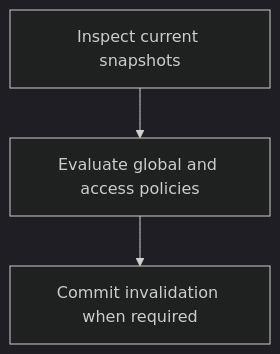
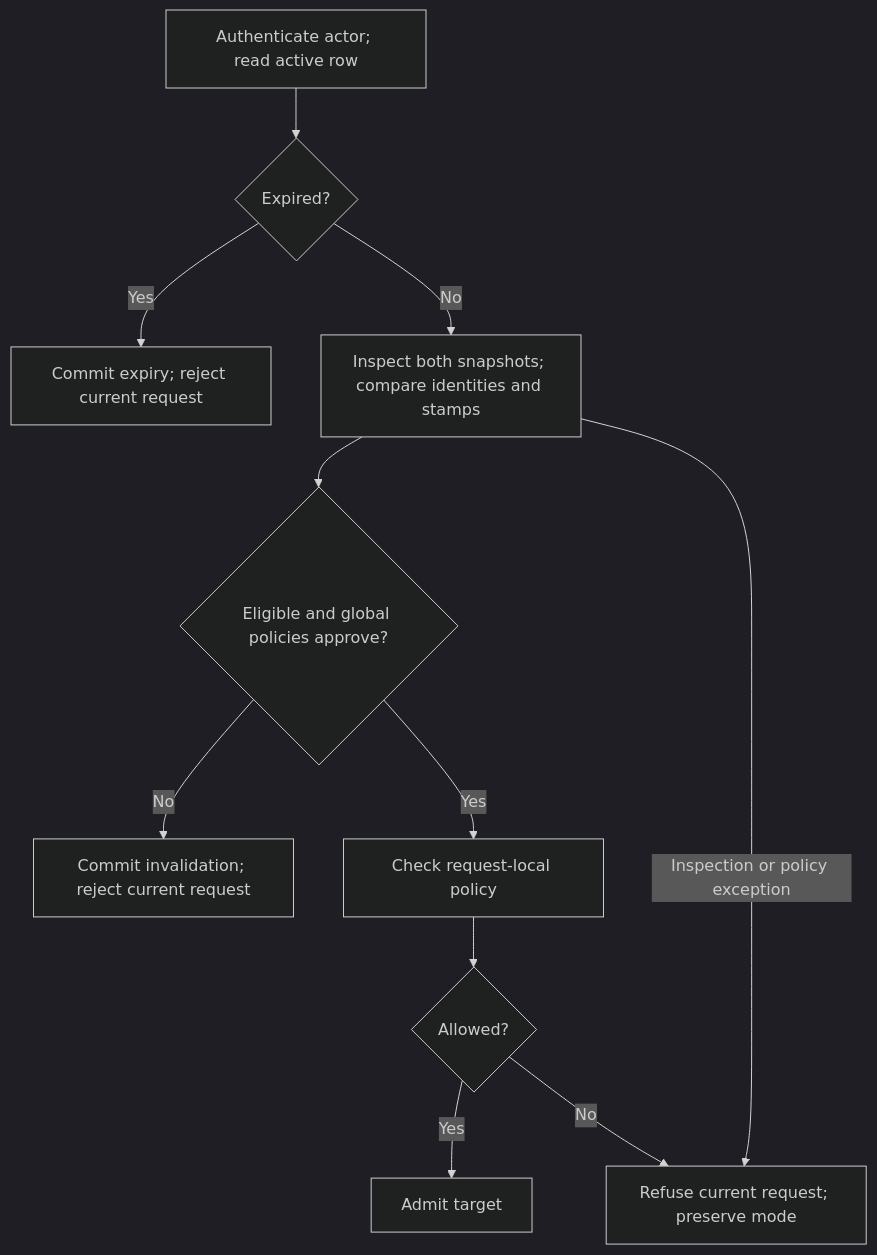
One commit to Kevinjohn/oss-adonisjs-masquerade changed the second of 2 diagrams in user-stories/protect-native-account/us-account-03-invalidate-account-snapshot.md. Above: the diagram before and after it, drawn with Mermaid (dark theme). The commit also changed other lines of this file and 22 other files, not shown here.

Commit message:
docs: verify user story paths and Mermaid flows against implementation

````diff
--- a/user-stories/protect-native-account/us-account-03-invalidate-account-snapshot.md
+++ b/user-stories/protect-native-account/us-account-03-invalidate-account-snapshot.md
@@ -28,5 +30,13 @@
 ```mermaid
 flowchart TD
-    A["Inspect current snapshots"] --> B["Evaluate global and access policies"]
-    B["Evaluate global and access policies"] --> C["Commit invalidation when required"]
+    A["Authenticate actor; read active row"] --> P{"Expired?"}
+    P -->|Yes| X["Commit expiry; reject current request"]
+    P -->|No| B["Inspect both snapshots; compare identities and stamps"]
+    B --> Q{"Eligible and global policies approve?"}
+    Q -->|No| C["Commit invalidation; reject current request"]
+    Q -->|Yes| D["Check request-local policy"]
+    D --> E{"Allowed?"}
+    E -->|Yes| F["Admit target"]
+    E -->|No| R["Refuse current request; preserve mode"]
+    B -->|Inspection or policy exception| R
 ```
````
